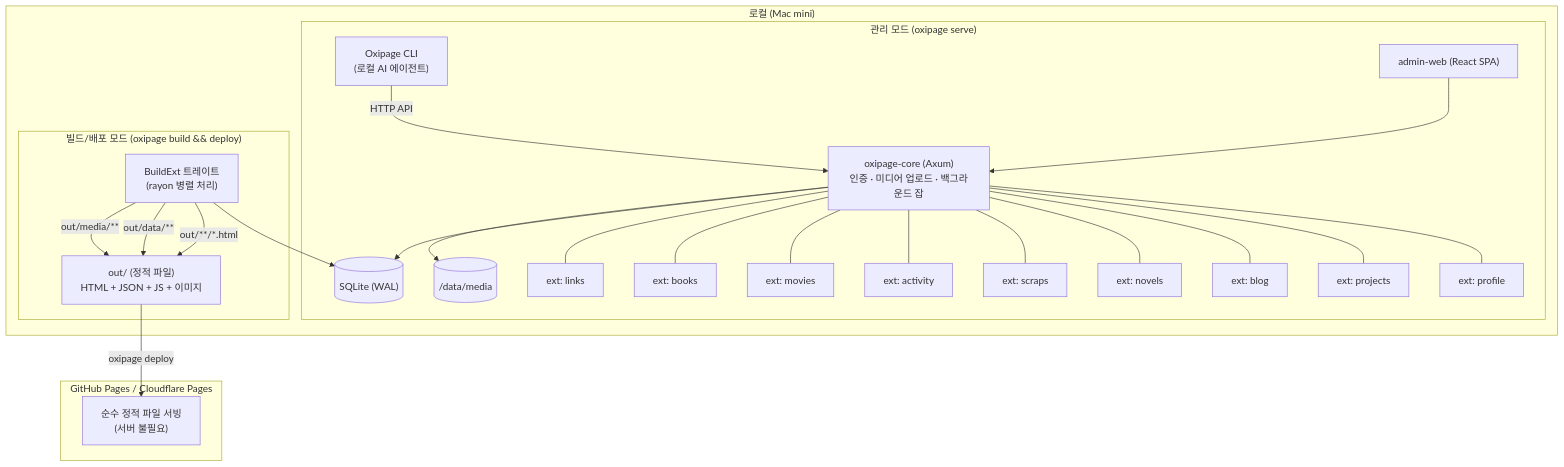
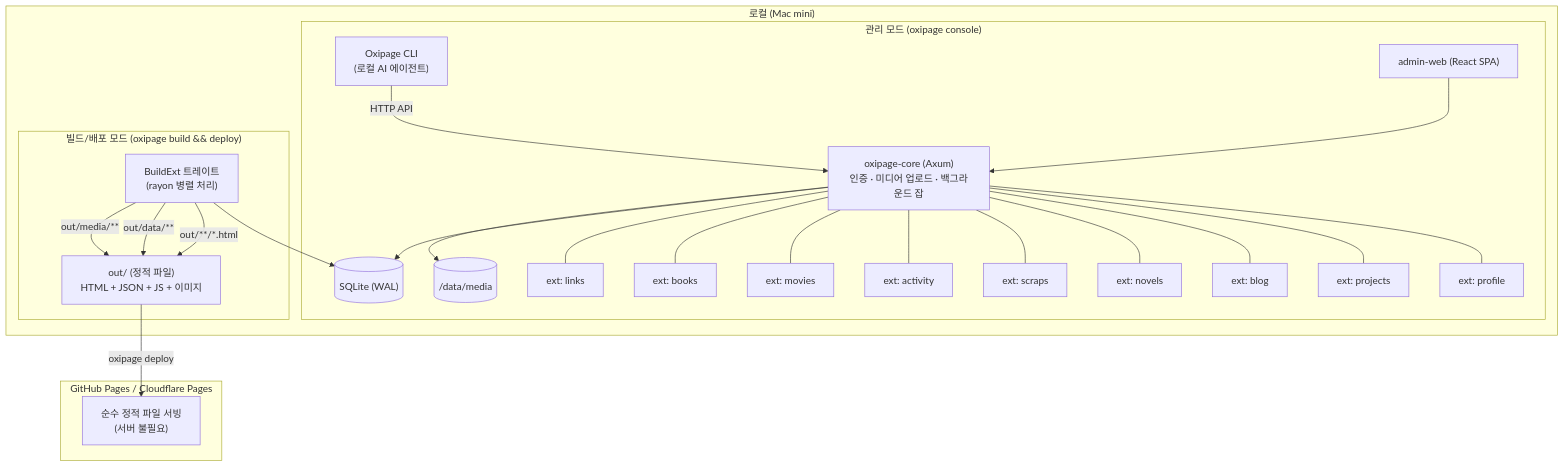
One commit to a7garden/oxipage changed the first of 2 diagrams in doc/01-architecture.md. Above: the diagram before and after it, drawn with Mermaid. The commit also changed other lines of this file and 8 other files, not shown here.

Commit message:
docs: rename 'serve' terminology to 'console' across README, doc/, SKILL.md (T8)

````diff
--- a/doc/01-architecture.md
+++ b/doc/01-architecture.md
@@ -15,26 +15,26 @@
 ```mermaid
 graph TB
     subgraph Local["로컬 (Mac mini)"]
-        subgraph Management["관리 모드 (oxipage serve)"]
+        subgraph Management["관리 모드 (oxipage console)"]
             CLI["Oxipage CLI<br/>(로컬 AI 에이전트)"] --> |HTTP API| Core["oxipage-core (Axum)<br/>인증 · 미디어 업로드 · 백그라운드 잡"]
             Admin["admin-web (React SPA)"] --> Core
             Core --- Ext1 & Ext2 & Ext3 & Ext4 & Ext5 & Ext6 & Ext7 & Ext8 & Ext9
             Ext1["ext: profile"]; Ext2["ext: projects"]; Ext3["ext: blog"]
             Ext4["ext: novels"]; Ext5["ext: scraps"]; Ext6["ext: activity"]
             Ext7["ext: movies"]; Ext8["ext: books"]; Ext9["ext: links"]
             Core --> SQLite[("SQLite (WAL)")]; Core --> Media[("/data/media")]
         end
 
         subgraph Build["빌드/배포 모드 (oxipage build && deploy)"]
             BuildExt["BuildExt 트레이트<br/>(rayon 병렬 처리)"] --> SQLite
             BuildExt --> |out/**/*.html| out
             BuildExt --> |out/data/**| out
             BuildExt --> |out/media/**| out
             out["out/ (정적 파일)<br/>HTML + JSON + JS + 이미지"]
         end
     end
 
     subgraph CDN["GitHub Pages / Cloudflare Pages"]
         out -->|oxipage deploy| Static["순수 정적 파일 서빙<br/>(서버 불필요)"]
     end
 ```
````
